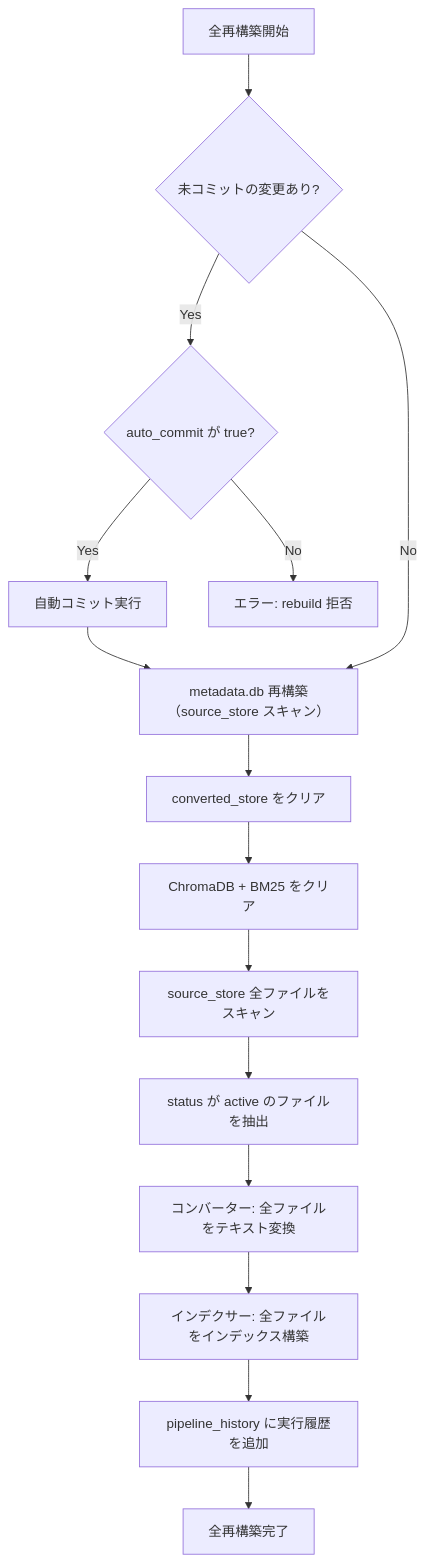
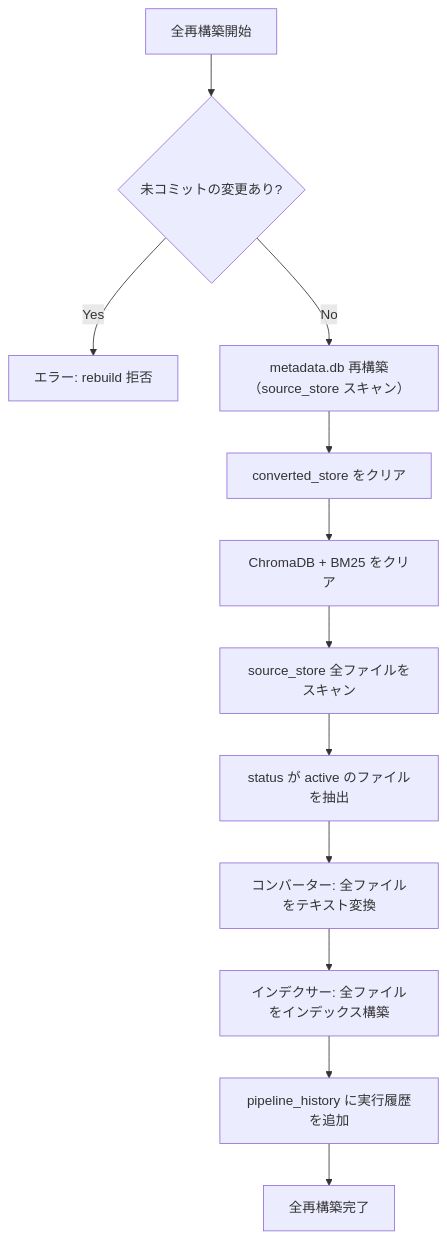
One commit to becky3/rag-knowledge changed the second of 3 diagrams in docs/specs/pipeline-controller.md. Above: the diagram before and after it, drawn with Mermaid. The commit also changed other lines of this file and 6 other files, not shown here.

First line of the commit message:
feat(rebuild-stats): auto_commit パラメータ廃止、incremental 自動コミット化 (#337)

````diff
--- a/docs/specs/pipeline-controller.md
+++ b/docs/specs/pipeline-controller.md
@@ -144,33 +151,28 @@
 ```mermaid
 flowchart TD
     START["全再構築開始"]
     CHECK_DIRTY{"未コミットの変更あり?"}
-    CHECK_AUTO{"auto_commit が true?"}
-    AUTO_COMMIT["自動コミット実行"]
     ERROR_DIRTY["エラー: rebuild 拒否"]
     CLEAR_CONV["converted_store をクリア"]
     CLEAR_IDX["ChromaDB + BM25 をクリア"]
     SCAN["source_store 全ファイルをスキャン"]
     FILTER["status が active のファイルを抽出"]
     CONVERT["コンバーター: 全ファイルをテキスト変換"]
     INDEX["インデクサー: 全ファイルをインデックス構築"]
     UPDATE["pipeline_history に実行履歴を追加"]
     END_NODE["全再構築完了"]
 
     REBUILD_DB["metadata.db 再構築（source_store スキャン）"]
 
     START --> CHECK_DIRTY
-    CHECK_DIRTY -- Yes --> CHECK_AUTO
-    CHECK_AUTO -- Yes --> AUTO_COMMIT
-    AUTO_COMMIT --> REBUILD_DB
-    CHECK_AUTO -- No --> ERROR_DIRTY
+    CHECK_DIRTY -- Yes --> ERROR_DIRTY
     CHECK_DIRTY -- No --> REBUILD_DB
     REBUILD_DB --> CLEAR_CONV
     CLEAR_CONV --> CLEAR_IDX
     CLEAR_IDX --> SCAN
     SCAN --> FILTER
     FILTER --> CONVERT
     CONVERT --> INDEX
     INDEX --> UPDATE
     UPDATE --> END_NODE
 ```
````
